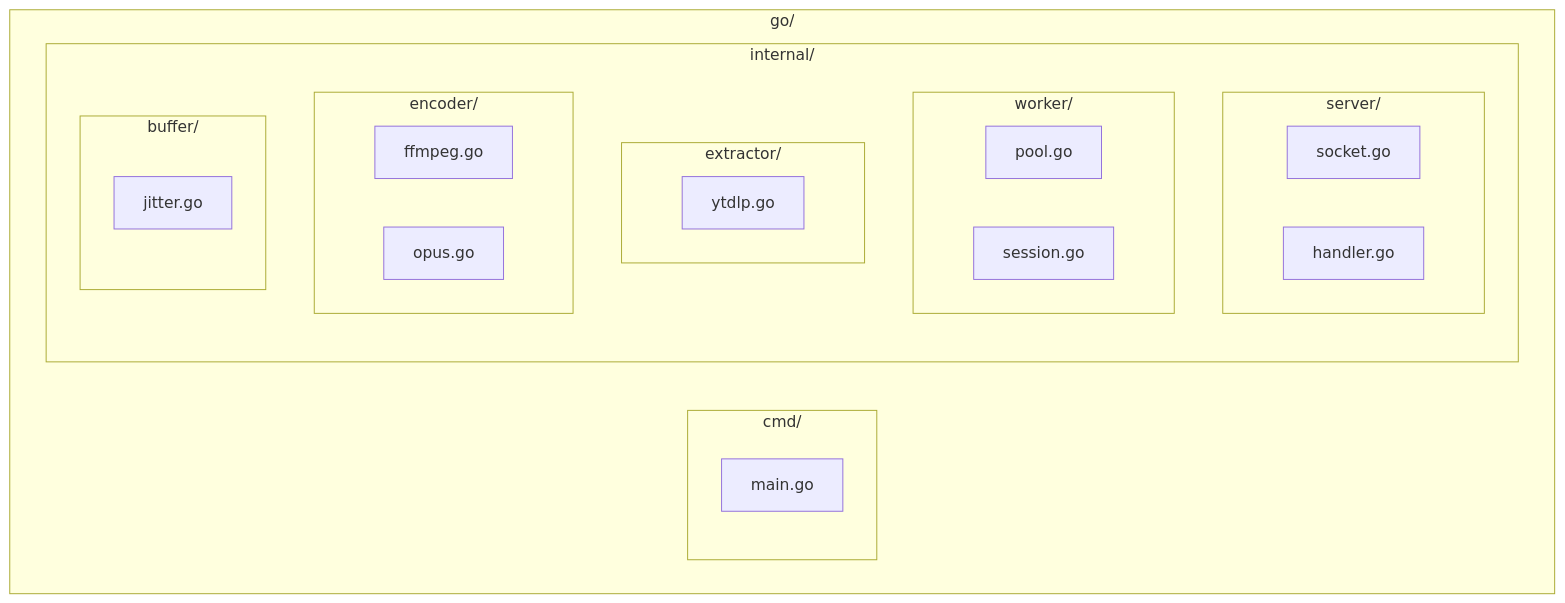
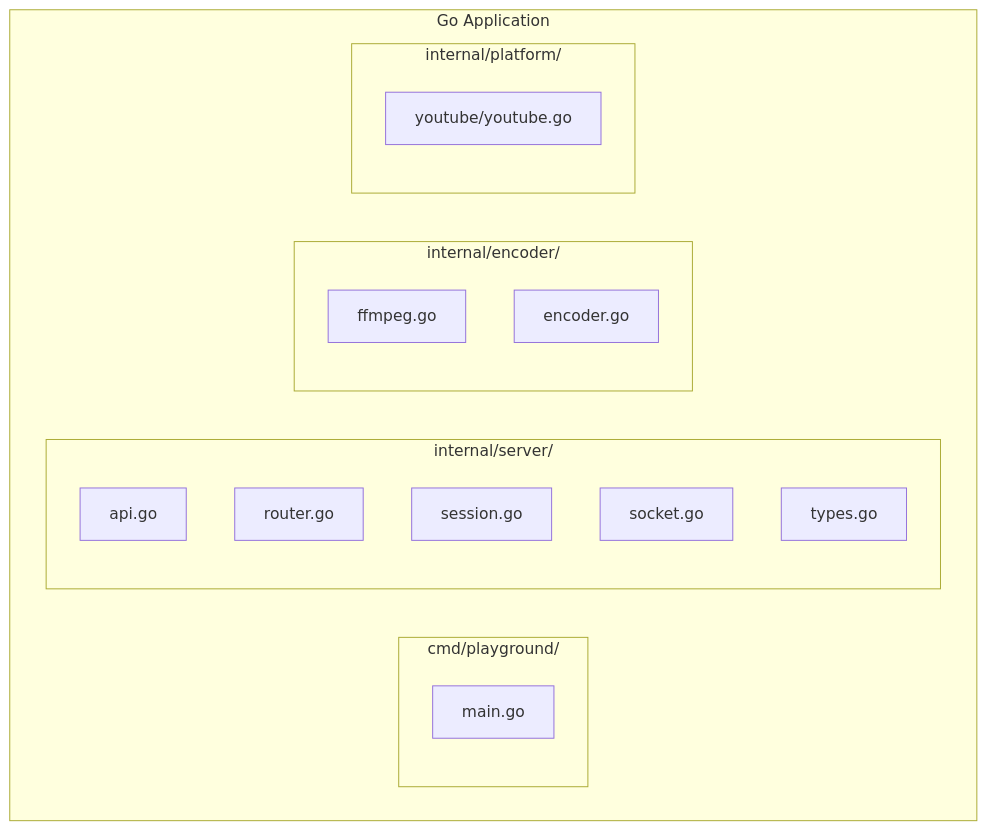
The fourth of 13 diagrams in .claude/skills/topic-review/SKILL.md (thewind121212/natashi), drawn with Mermaid before and after one commit. The commit also changed other lines of this file and 3 other files, not shown here.

````diff
--- a/.claude/skills/topic-review/SKILL.md
+++ b/.claude/skills/topic-review/SKILL.md
@@ -132,33 +116,25 @@
 ```mermaid
 flowchart TB
-    subgraph Go["go/"]
-        subgraph Cmd["cmd/"]
+    subgraph Go["Go Application"]
+        subgraph Cmd["cmd/playground/"]
             MAIN[main.go]
         end
 
-        subgraph Internal["internal/"]
-            subgraph Server["server/"]
-                SOCK[socket.go]
-                HANDLER[handler.go]
-            end
+        subgraph Server["internal/server/"]
+            API[api.go]
+            ROUTER[router.go]
+            SESSION[session.go]
+            SOCKET[socket.go]
+            TYPES[types.go]
+        end
 
-            subgraph Worker["worker/"]
-                POOL[pool.go]
-                SESSION[session.go]
-            end
+        subgraph Encoder["internal/encoder/"]
+            FFMPEG[ffmpeg.go]
+            ENC[encoder.go]
+        end
 
-            subgraph Extractor["extractor/"]
-                YTDLP[ytdlp.go]
-            end
-
-            subgraph Encoder["encoder/"]
-                FFMPEG[ffmpeg.go]
-                OPUS[opus.go]
-            end
-
-            subgraph Buffer["buffer/"]
-                JITTER[jitter.go]
-            end
+        subgraph Platform["internal/platform/"]
+            YOUTUBE[youtube/youtube.go]
         end
     end
 ```
````
